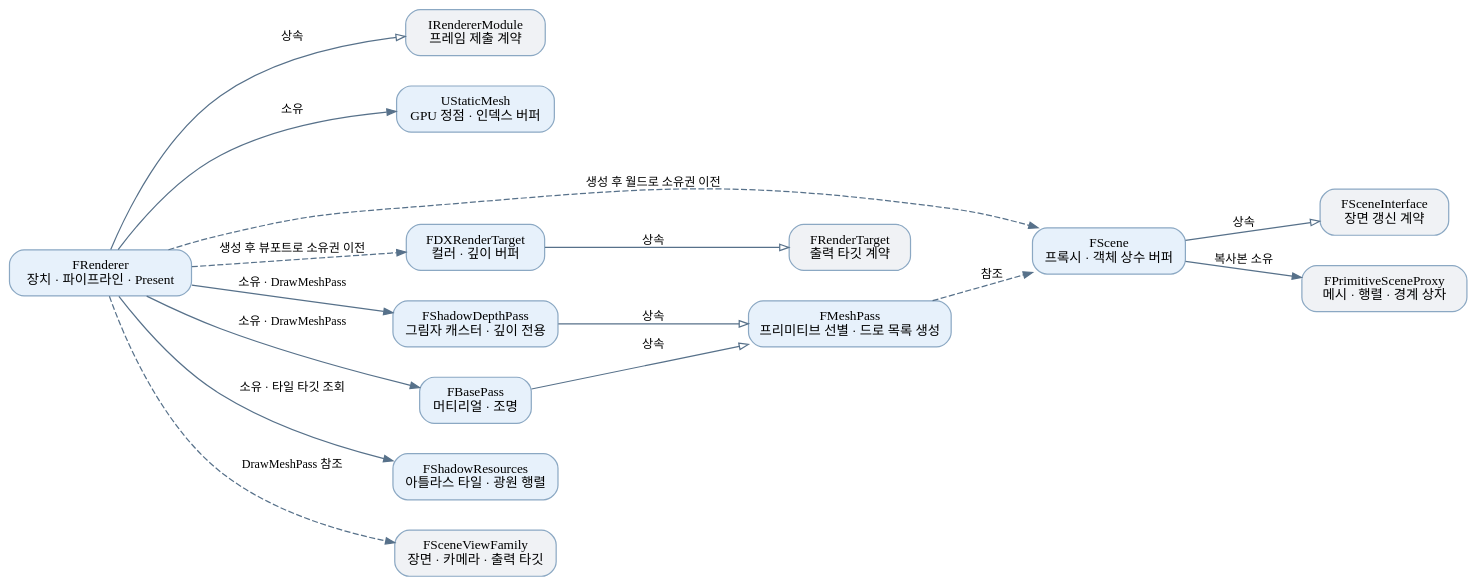
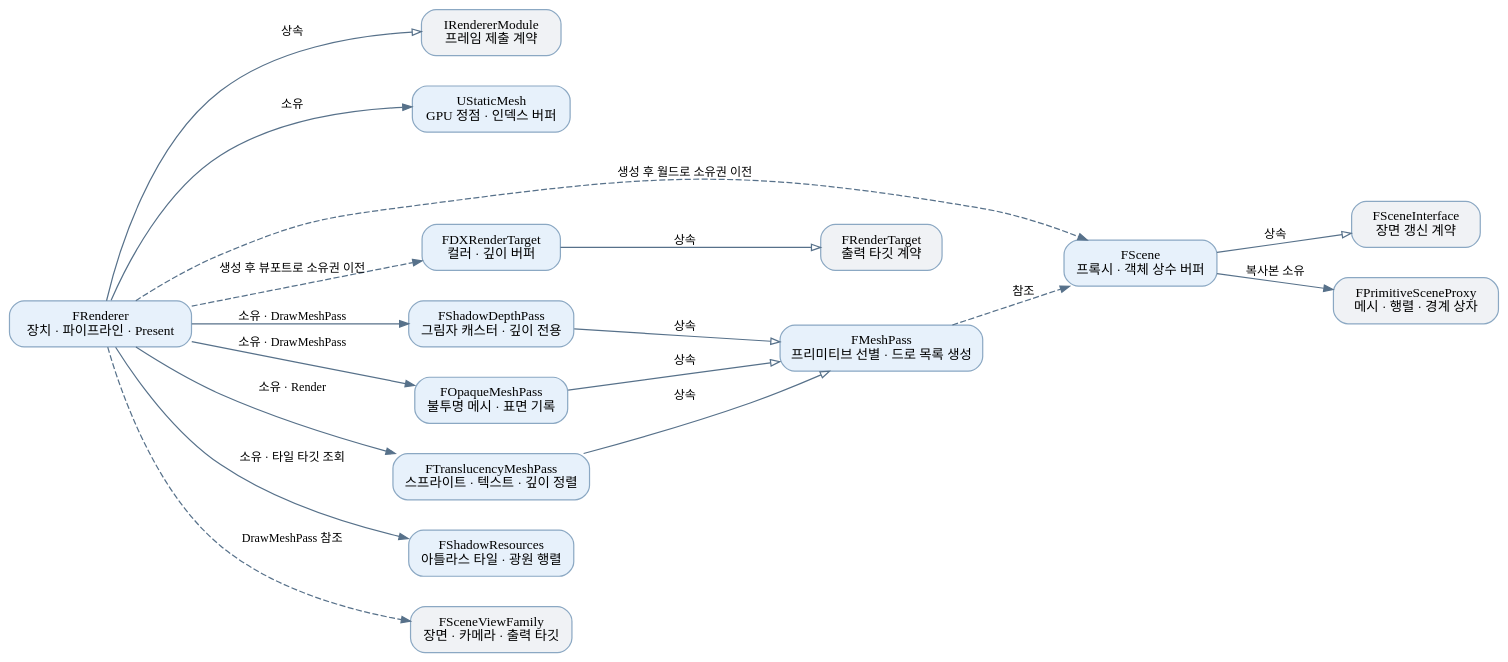
The diagram in Docs/Graphs/Renderer.dot (wewe231223/Macaw), drawn with Graphviz before and after one commit. The commit also changed 8 other files, not shown here.

Commit message:
refactor(renderer): split opaque and translucency mesh passes

```diff
--- a/Docs/Graphs/Renderer.dot
+++ b/Docs/Graphs/Renderer.dot
@@ -1,32 +1,35 @@
 digraph Renderer {
     graph [rankdir=LR, bgcolor="transparent", fontname="Malgun Gothic", nodesep=0.35, ranksep=0.65, pad=0.2];
     node [shape=box, style="rounded,filled", fillcolor="#e7f1fb", color="#8ba8c3", fontname="Malgun Gothic", fontsize=11, margin="0.16,0.10"];
     edge [color="#57718a", fontname="Malgun Gothic", fontsize=10, arrowsize=0.75];
     Module [label="IRendererModule\n프레임 제출 계약", fillcolor="#f0f2f5"];
     Renderer [label="FRenderer\n장치 · 파이프라인 · Present"];
     Mesh [label="UStaticMesh\nGPU 정점 · 인덱스 버퍼"];
     Scene [label="FScene\n프록시 · 객체 상수 버퍼"];
     SceneInterface [label="FSceneInterface\n장면 갱신 계약", fillcolor="#f0f2f5"];
     Proxy [label="FPrimitiveSceneProxy\n메시 · 행렬 · 경계 상자", fillcolor="#f0f2f5"];
     Target [label="FDXRenderTarget\n컬러 · 깊이 버퍼"];
     TargetInterface [label="FRenderTarget\n출력 타깃 계약", fillcolor="#f0f2f5"];
     MeshPass [label="FMeshPass\n프리미티브 선별 · 드로 목록 생성"];
     ShadowDepthPass [label="FShadowDepthPass\n그림자 캐스터 · 깊이 전용"];
-    BasePass [label="FBasePass\n머티리얼 · 조명"];
+    OpaqueMeshPass [label="FOpaqueMeshPass\n불투명 메시 · 표면 기록"];
+    TranslucencyMeshPass [label="FTranslucencyMeshPass\n스프라이트 · 텍스트 · 깊이 정렬"];
     Shadow [label="FShadowResources\n아틀라스 타일 · 광원 행렬"];
     Family [label="FSceneViewFamily\n장면 · 카메라 · 출력 타깃", fillcolor="#f0f2f5"];
     Renderer -> Module [label="상속", arrowhead=empty];
     Renderer -> Mesh [label="소유"];
     Renderer -> ShadowDepthPass [label="소유 · DrawMeshPass"];
-    Renderer -> BasePass [label="소유 · DrawMeshPass"];
+    Renderer -> OpaqueMeshPass [label="소유 · DrawMeshPass"];
+    Renderer -> TranslucencyMeshPass [label="소유 · Render"];
     ShadowDepthPass -> MeshPass [label="상속", arrowhead=empty];
-    BasePass -> MeshPass [label="상속", arrowhead=empty];
+    OpaqueMeshPass -> MeshPass [label="상속", arrowhead=empty];
+    TranslucencyMeshPass -> MeshPass [label="상속", arrowhead=empty];
     MeshPass -> Scene [label="참조", style=dashed];
     Renderer -> Shadow [label="소유 · 타일 타깃 조회"];
     Renderer -> Scene [label="생성 후 월드로 소유권 이전", style=dashed];
     Renderer -> Target [label="생성 후 뷰포트로 소유권 이전", style=dashed];
     Scene -> SceneInterface [label="상속", arrowhead=empty];
     Scene -> Proxy [label="복사본 소유"];
     Target -> TargetInterface [label="상속", arrowhead=empty];
     Renderer -> Family [label="DrawMeshPass 참조", style=dashed];
 }
```
